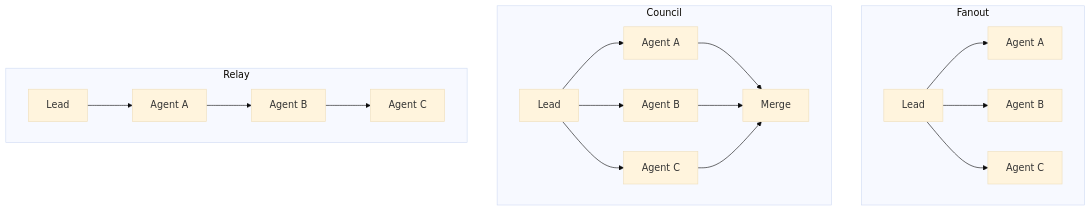
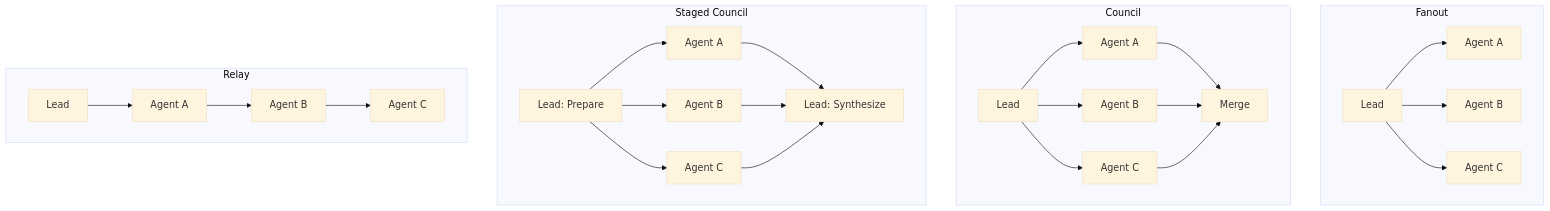
The first of 2 diagrams in website/docs/guides/agents-and-teams.md (eve-horizon/eve-horizon-docs), drawn with Mermaid (base theme) before and after one commit. The commit also changed other lines of this file and 42 other files, not shown here.

````diff
--- a/website/docs/guides/agents-and-teams.md
+++ b/website/docs/guides/agents-and-teams.md
@@ -201,23 +263,32 @@
 ```mermaid
 graph TD
     subgraph Fanout
         F_Lead[Lead] --> F_A[Agent A]
         F_Lead --> F_B[Agent B]
         F_Lead --> F_C[Agent C]
     end
 
     subgraph Council
         C_Lead[Lead] --> C_A[Agent A]
         C_Lead --> C_B[Agent B]
         C_Lead --> C_C[Agent C]
         C_A --> C_Merge[Merge]
         C_B --> C_Merge
         C_C --> C_Merge
     end
 
+    subgraph Staged Council
+        S_Lead1[Lead: Prepare] --> S_A[Agent A]
+        S_Lead1 --> S_B[Agent B]
+        S_Lead1 --> S_C[Agent C]
+        S_A --> S_Lead2[Lead: Synthesize]
+        S_B --> S_Lead2
+        S_C --> S_Lead2
+    end
+
     subgraph Relay
         R_Lead[Lead] --> R_A[Agent A]
         R_A --> R_B[Agent B]
         R_B --> R_C[Agent C]
     end
 ```
````
